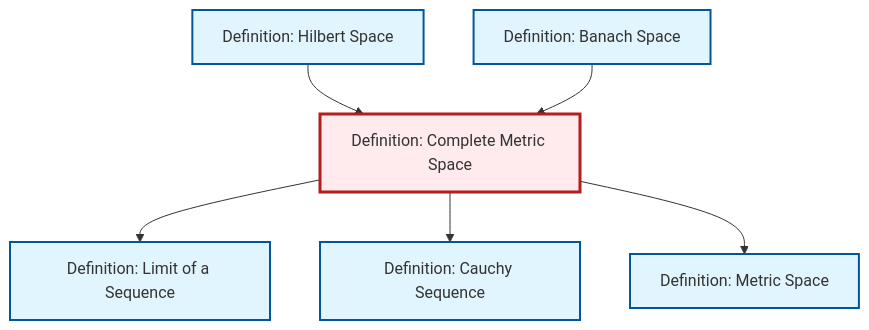
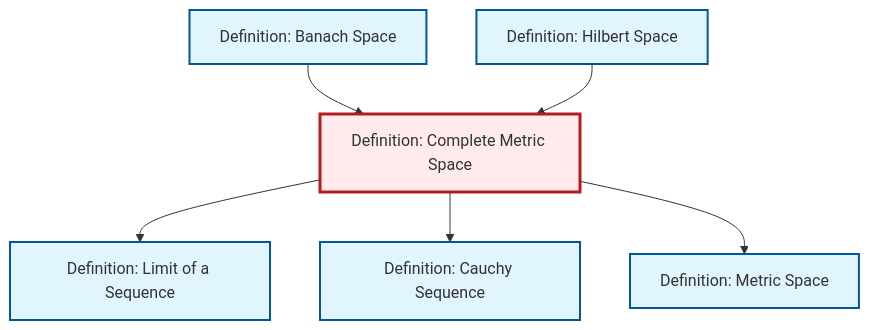
One commit to RK0429/ModernMath changed the diagram in content/ja/analysis/def-complete-metric-space.qmd. Above: the diagram before and after it, drawn with Mermaid. The commit also changed other lines of this file and 634 other files, not shown here.

````diff
--- a/content/ja/analysis/def-complete-metric-space.qmd
+++ b/content/ja/analysis/def-complete-metric-space.qmd
@@ -54,26 +54,26 @@
 ```{mermaid}
 %%| fig-cap: "Local dependency graph"
 graph TD
     classDef definition fill:#e1f5fe,stroke:#01579b,stroke-width:2px
     classDef theorem fill:#f3e5f5,stroke:#4a148c,stroke-width:2px
     classDef axiom fill:#fff3e0,stroke:#e65100,stroke-width:2px
     classDef example fill:#e8f5e9,stroke:#1b5e20,stroke-width:2px
     classDef current fill:#ffebee,stroke:#b71c1c,stroke-width:3px
+    def-hilbert-space["Definition: Hilbert Space"]:::definition
+    def-banach-space["Definition: Banach Space"]:::definition
+    def-cauchy-sequence["Definition: Cauchy Sequence"]:::definition
+    def-metric-space["Definition: Metric Space"]:::definition
     def-complete-metric-space["Definition: Complete Metric Space"]:::definition
-    def-metric-space["Definition: Metric Space"]:::definition
-    def-cauchy-sequence["Definition: Cauchy Sequence"]:::definition
-    def-banach-space["Definition: Banach Space"]:::definition
     def-limit["Definition: Limit of a Sequence"]:::definition
-    def-hilbert-space["Definition: Hilbert Space"]:::definition
-    def-hilbert-space --> def-complete-metric-space
     def-complete-metric-space --> def-limit
-    def-banach-space --> def-complete-metric-space
     def-complete-metric-space --> def-cauchy-sequence
     def-complete-metric-space --> def-metric-space
+    def-banach-space --> def-complete-metric-space
+    def-hilbert-space --> def-complete-metric-space
     class def-complete-metric-space current
+    click def-hilbert-space "def-hilbert-space.html" "Definition: Hilbert Spaceへ"
+    click def-banach-space "def-banach-space.html" "Definition: Banach Spaceへ"
+    click def-cauchy-sequence "def-cauchy-sequence.html" "Definition: Cauchy Sequenceへ"
     click def-metric-space "def-metric-space.html" "Definition: Metric Spaceへ"
-    click def-cauchy-sequence "def-cauchy-sequence.html" "Definition: Cauchy Sequenceへ"
-    click def-banach-space "def-banach-space.html" "Definition: Banach Spaceへ"
     click def-limit "def-limit.html" "Definition: Limit of a Sequenceへ"
-    click def-hilbert-space "def-hilbert-space.html" "Definition: Hilbert Spaceへ"
 ```
````
